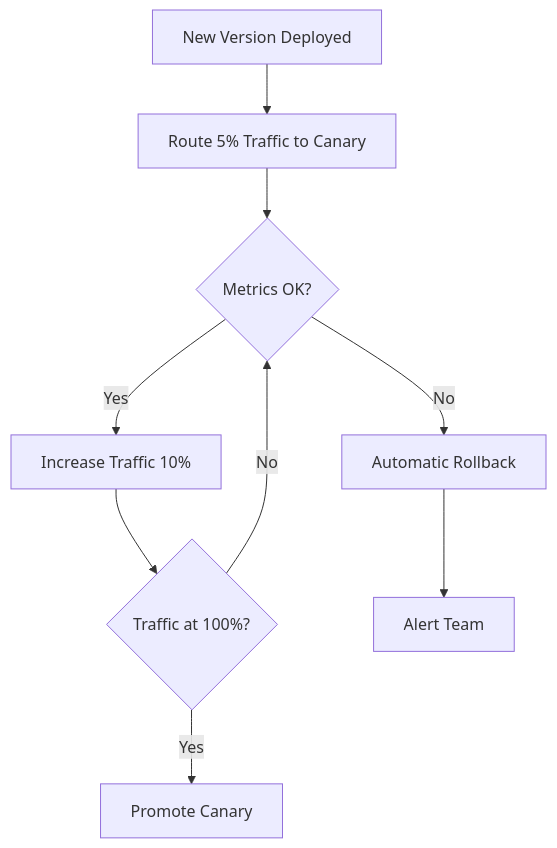
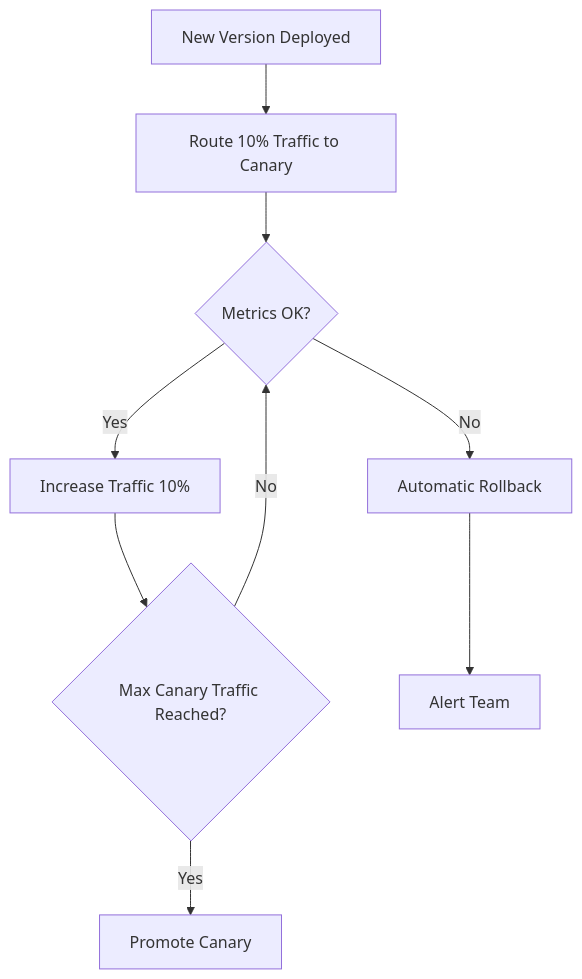
Before and after one commit to OneUptime/blog: the diagram in posts/2026-01-25-canary-testing-automation/README.md, drawn with Mermaid. The commit also changed other lines of this file and 876 other files, not shown here.

````diff
--- a/posts/2026-01-25-canary-testing-automation/README.md
+++ b/posts/2026-01-25-canary-testing-automation/README.md
@@ -17,11 +17,11 @@
 ```mermaid
 flowchart TD
-    A[New Version Deployed] --> B[Route 5% Traffic to Canary]
+    A[New Version Deployed] --> B[Route 10% Traffic to Canary]
     B --> C{Metrics OK?}
     C -->|Yes| D[Increase Traffic 10%]
-    D --> E{Traffic at 100%?}
+    D --> E{Max Canary Traffic Reached?}
     E -->|No| C
     E -->|Yes| F[Promote Canary]
     C -->|No| G[Automatic Rollback]
     G --> H[Alert Team]
 ```
````
